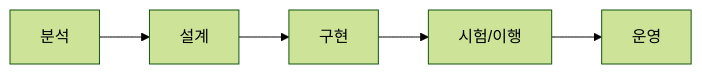
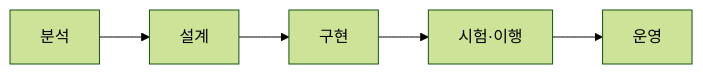
The diagram in content/public-db-standardization.md (coninggu/wjdqhrhksflrltnftk), drawn with Mermaid (forest theme) before and after one commit. The commit also changed other lines of this file and 5 other files, not shown here.

````diff
--- a/content/public-db-standardization.md
+++ b/content/public-db-standardization.md
@@ -13,4 +15,4 @@
 ```mermaid
 flowchart LR
-  A[분석] --> D[설계] --> I[구현] --> T[시험/이행] --> O[운영]
+  A[분석] --> D[설계] --> I[구현] --> T[시험·이행] --> O[운영]
 ```
````
